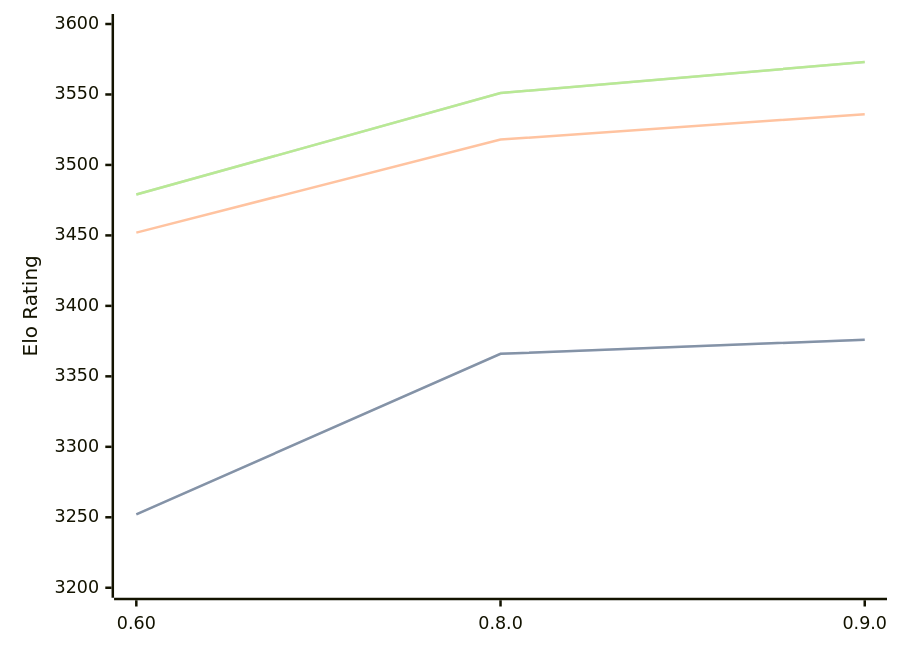
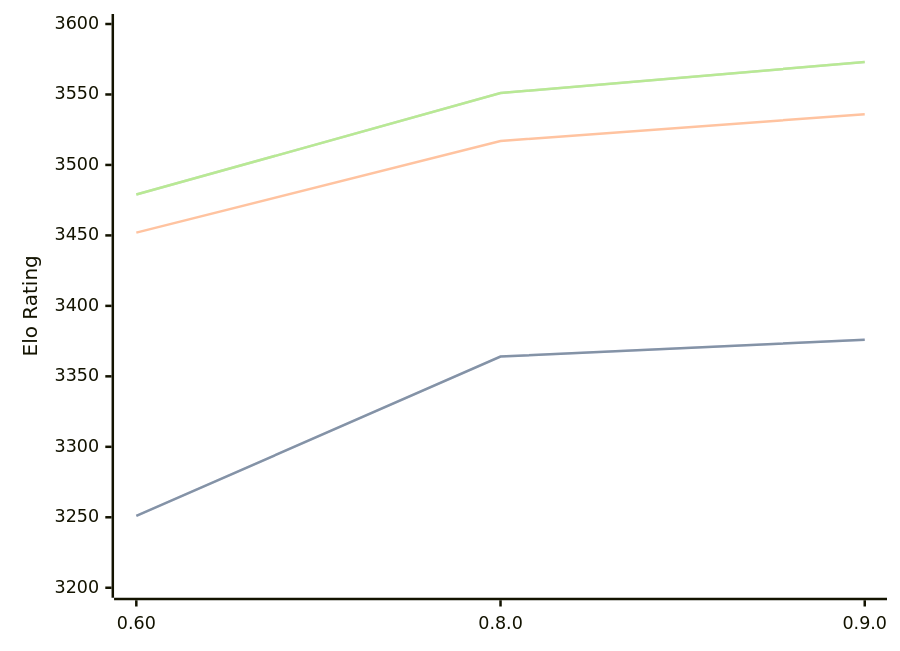
One commit to computer-chess-index/cci changed the diagram in engines/Motor.md. Above: the diagram before and after it, drawn with Mermaid. The commit also changed other lines of this file, not shown here.

````diff
--- a/engines/Motor.md
+++ b/engines/Motor.md
@@ -37,11 +37,11 @@
 ```mermaid
 %%{init: {"theme":"base","themeVariables":{"seriesColors:['#a3a3a3','#222221','#faa371']}}}%%
 xychart-beta
   x-axis ["0.60", "0.8.0", "0.9.0"]
   y-axis "Elo Rating" 3200 --> 3600
-  line "STC (8.0+0.08s)" [3252, 3366, 3376]
-  line "STC (8.0+0.08s)" [3252, 3366, 3376]
-  line "LTC (60.0+0.60s)" [3452, 3518, 3536]
+  line "STC (8.0+0.08s)" [3251, 3364, 3376]
+  line "STC (8.0+0.08s)" [3251, 3364, 3376]
+  line "LTC (60.0+0.60s)" [3452, 3517, 3536]
   line "VLTC (2m24s+1.12s)" [3479, 3551, 3573]
   line "VLTC (2m24s+1.12s)" [3479, 3551, 3573]
 ```
````
